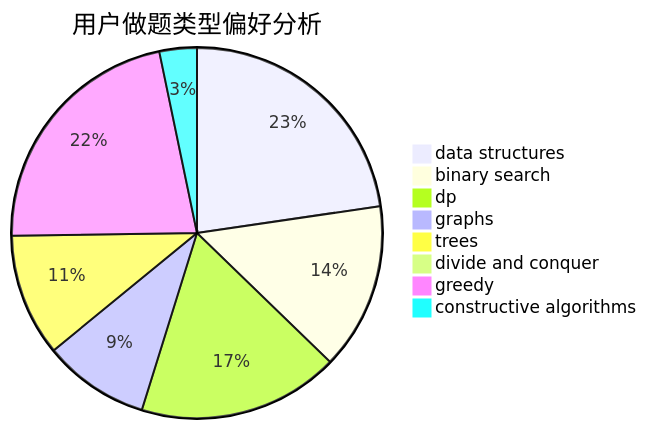
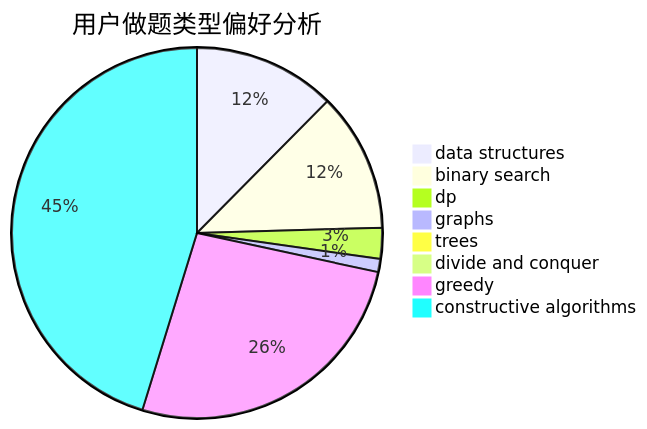
Before and after one commit to sherpahu/cfrs.github.io: the second of 3 diagrams in docs/user/u1517.md, drawn with Mermaid. The commit also changed other lines of this file and 2770 other files, not shown here.

````diff
--- a/docs/user/u1517.md
+++ b/docs/user/u1517.md
@@ -23,11 +23,11 @@
 ```mermaid
 pie title 用户做题类型偏好分析
-    "data structures" :  257
-    "binary search" :  165
-    "dp" :  199
-    "graphs" :  105
-    "trees" :  121
-    "divide and conquer" :  8
-    "greedy" :  249
-    "constructive algorithms" :  37
+    "data structures" :  129
+    "binary search" :  126
+    "dp" :  28
+    "graphs" :  12
+    "trees" :  0
+    "divide and conquer" :  0
+    "greedy" :  274
+    "constructive algorithms" :  470
 ```
````
